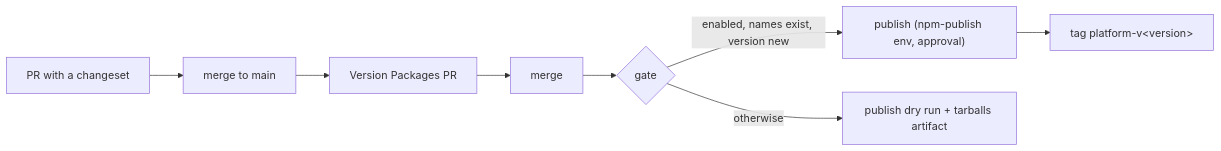
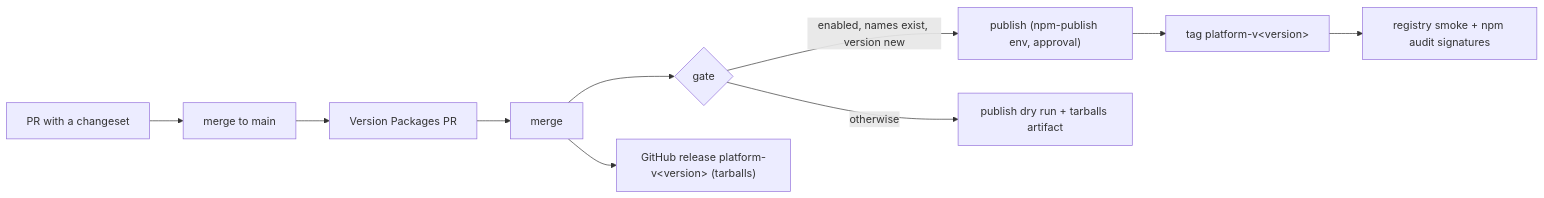
The diagram in docs/runbooks/release-platform-packages.md (marinoscar/EnterpriseAppBase), drawn with Mermaid before and after one commit. The commit also changed other lines of this file and 4 other files, not shown here.

First line of the commit message:
docs(docs): document the consumer smoke and the GitHub release channel

````diff
--- a/docs/runbooks/release-platform-packages.md
+++ b/docs/runbooks/release-platform-packages.md
@@ -25,10 +27,12 @@
 ```mermaid
 flowchart LR
   pr["PR with a changeset"] --> main["merge to main"]
   main --> vpr["Version Packages PR"]
   vpr --> merge["merge"]
   merge --> gate{"gate"}
   gate -->|"enabled, names exist, version new"| pub["publish (npm-publish env, approval)"]
   gate -->|"otherwise"| dry["publish dry run + tarballs artifact"]
   pub --> tag["tag platform-v&lt;version&gt;"]
+  tag --> rsmoke["registry smoke + npm audit signatures"]
+  merge --> ghrel["GitHub release platform-v&lt;version&gt; (tarballs)"]
 ```
````
